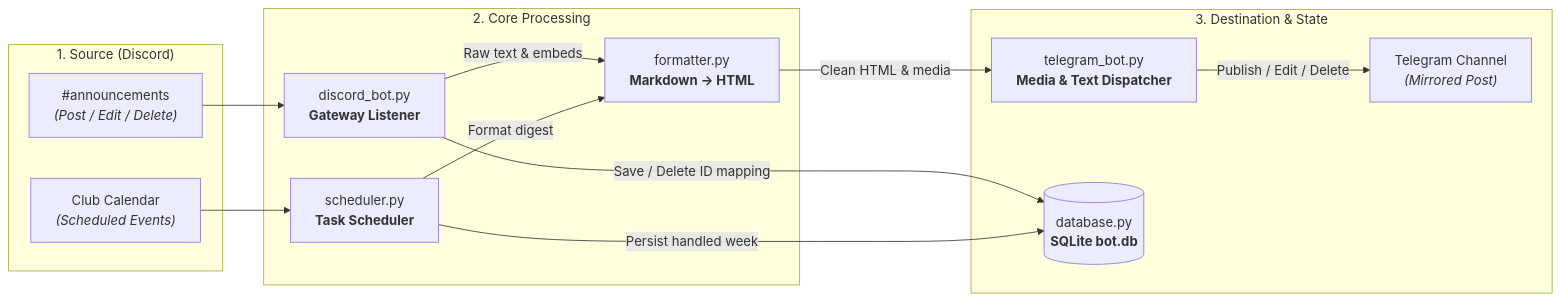
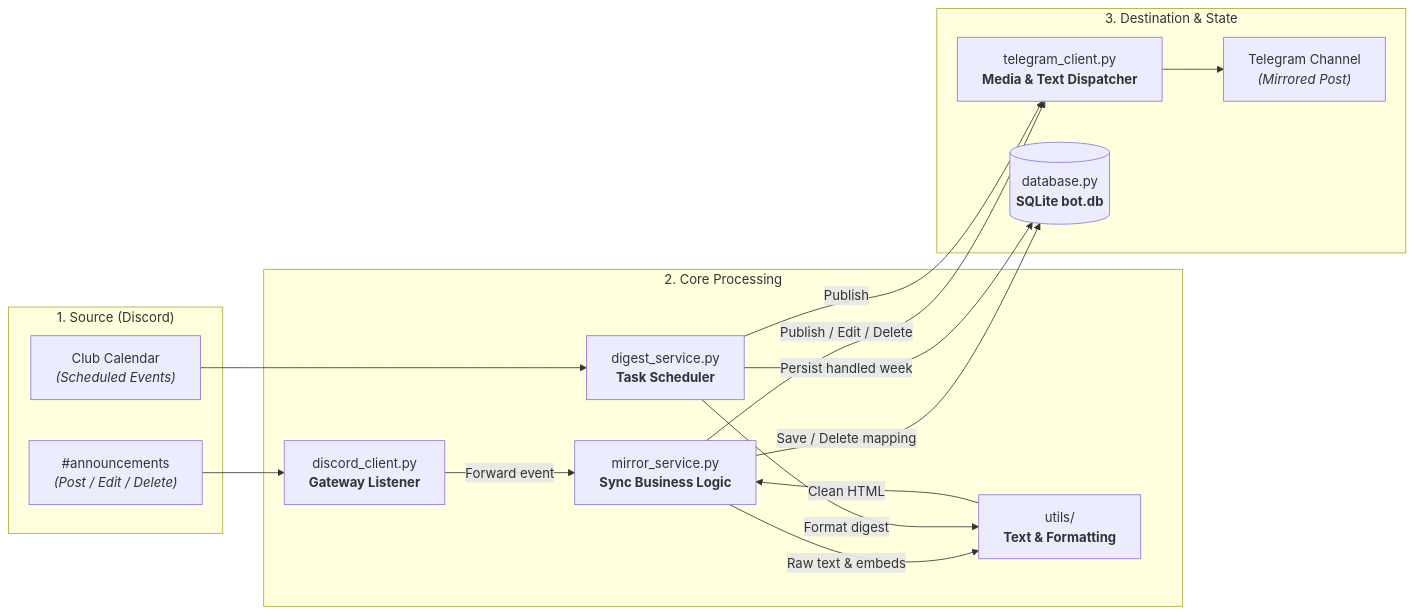
Before and after one commit to P1ker1/discord-to-telegram-mirror-bot: the diagram in README.md, drawn with Mermaid. The commit also changed other lines of this file, not shown here.

Commit message:
docs(readme): update documentation to reflect new layered architecture

````diff
--- a/README.md
+++ b/README.md
@@ -258,34 +263,38 @@
 ```mermaid
 flowchart LR
     %% Column 1: Source
     subgraph S1["1. Source (Discord)"]
         D_MSG["#announcements<br/><i>(Post / Edit / Delete)</i>"]
         D_CAL["Club Calendar<br/><i>(Scheduled Events)</i>"]
     end
 
     %% Column 2: Core Processing & Translation
     subgraph S2["2. Core Processing"]
-        DBOT["discord_bot.py<br/><b>Gateway Listener</b>"]
-        SCHED["scheduler.py<br/><b>Task Scheduler</b>"]
-        FMT["formatter.py<br/><b>Markdown &rarr; HTML</b>"]
+        DBOT["discord_client.py<br/><b>Gateway Listener</b>"]
+        MSERVICE["mirror_service.py<br/><b>Sync Business Logic</b>"]
+        DSERVICE["digest_service.py<br/><b>Task Scheduler</b>"]
+        UTILS["utils/<br/><b>Text & Formatting</b>"]
     end
 
     %% Column 3: Destination & State
     subgraph S3["3. Destination & State"]
-        TGBOT["telegram_bot.py<br/><b>Media & Text Dispatcher</b>"]
+        TGBOT["telegram_client.py<br/><b>Media & Text Dispatcher</b>"]
         TG_CH["Telegram Channel<br/><i>(Mirrored Post)</i>"]
         DB[("database.py<br/><b>SQLite bot.db</b>")]
     end
 
     %% Real-Time Announcement Flow
     D_MSG --> DBOT
-    DBOT -->|"Raw text & embeds"| FMT
-    FMT -->|"Clean HTML & media"| TGBOT
-    TGBOT -->|"Publish / Edit / Delete"| TG_CH
-    DBOT -->|"Save / Delete ID mapping"| DB
+    DBOT -->|"Forward event"| MSERVICE
+    MSERVICE -->|"Raw text & embeds"| UTILS
+    UTILS -->|"Clean HTML"| MSERVICE
+    MSERVICE -->|"Publish / Edit / Delete"| TGBOT
+    TGBOT --> TG_CH
+    MSERVICE -->|"Save / Delete mapping"| DB
 
     %% Scheduled Events Flow
-    D_CAL --> SCHED
-    SCHED -->|"Format digest"| FMT
-    SCHED -->|"Persist handled week"| DB
+    D_CAL --> DSERVICE
+    DSERVICE -->|"Format digest"| UTILS
+    DSERVICE -->|"Persist handled week"| DB
+    DSERVICE -->|"Publish"| TGBOT
 ```
````
